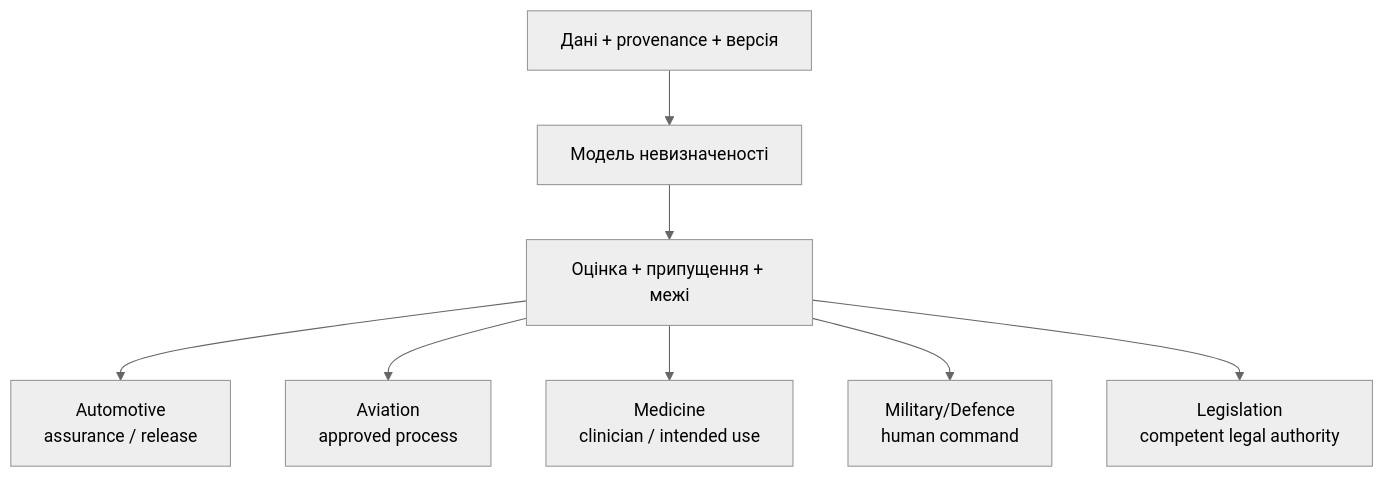
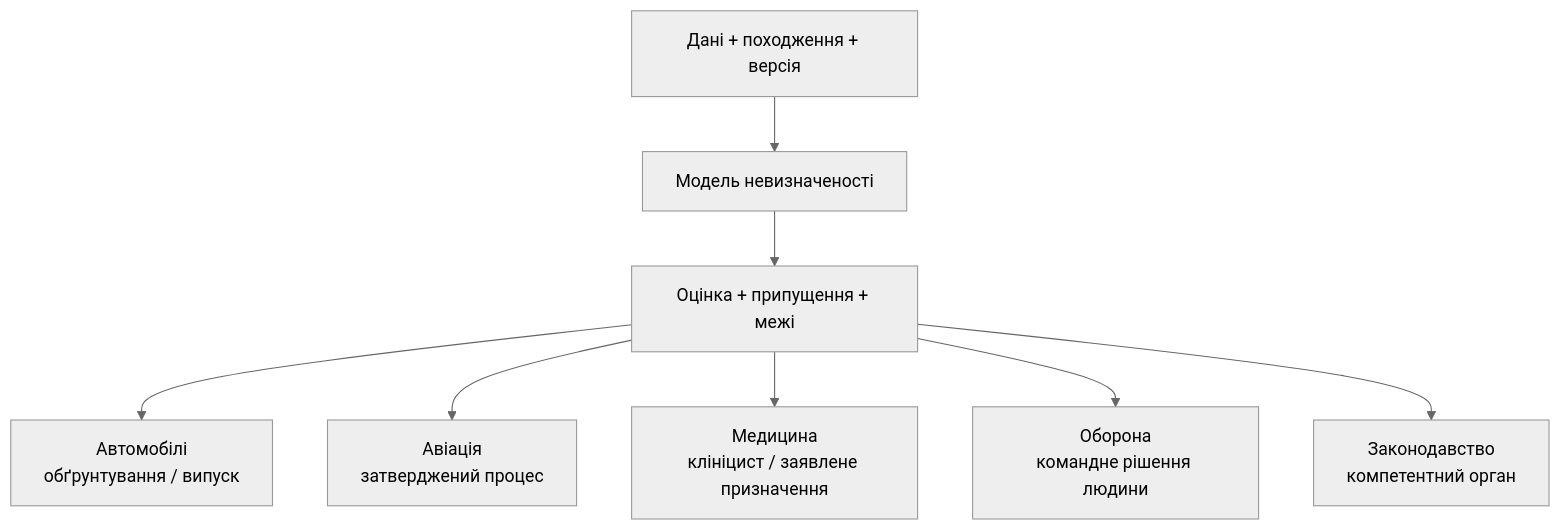
Before and after one commit to nick-fedchik/articles: the third of 3 diagrams in ExpertSystem/02-Expert-Systems-Evolution-Evidence-UA.md, drawn with Mermaid (neutral theme). The commit also changed other lines of this file, not shown here.

````diff
--- a/ExpertSystem/02-Expert-Systems-Evolution-Evidence-UA.md
+++ b/ExpertSystem/02-Expert-Systems-Evolution-Evidence-UA.md
@@ -883,13 +930,13 @@
 ```mermaid
 flowchart TB
     accTitle: Одна оцінка невизначеності у п'яти доменах
     accDescr: Байєсівська або інша модель формує оцінку з доказами, але кожен домен має власну процедуру перевірки та уповноваженого суб'єкта остаточного рішення.
 
-    E["Дані + provenance + версія"] --> M["Модель невизначеності"]
+    E["Дані + походження + версія"] --> M["Модель невизначеності"]
     M --> O["Оцінка + припущення + межі"]
-    O --> A["Automotive<br>assurance / release"]
-    O --> V["Aviation<br>approved process"]
-    O --> H["Medicine<br>clinician / intended use"]
-    O --> D["Military/Defence<br>human command"]
-    O --> L["Legislation<br>competent legal authority"]
+    O --> A["Автомобілі<br>обґрунтування / випуск"]
+    O --> V["Авіація<br>затверджений процес"]
+    O --> H["Медицина<br>клініцист / заявлене призначення"]
+    O --> D["Оборона<br>командне рішення людини"]
+    O --> L["Законодавство<br>компетентний орган"]
 ```
````
